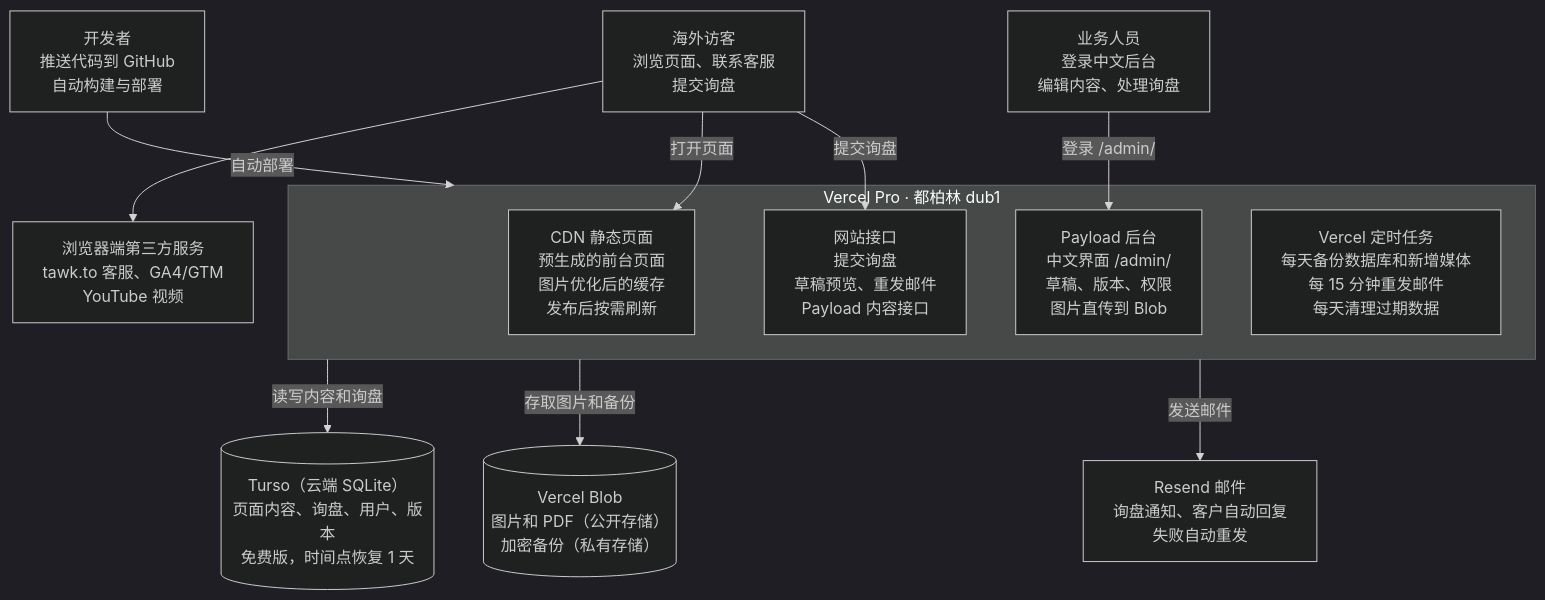
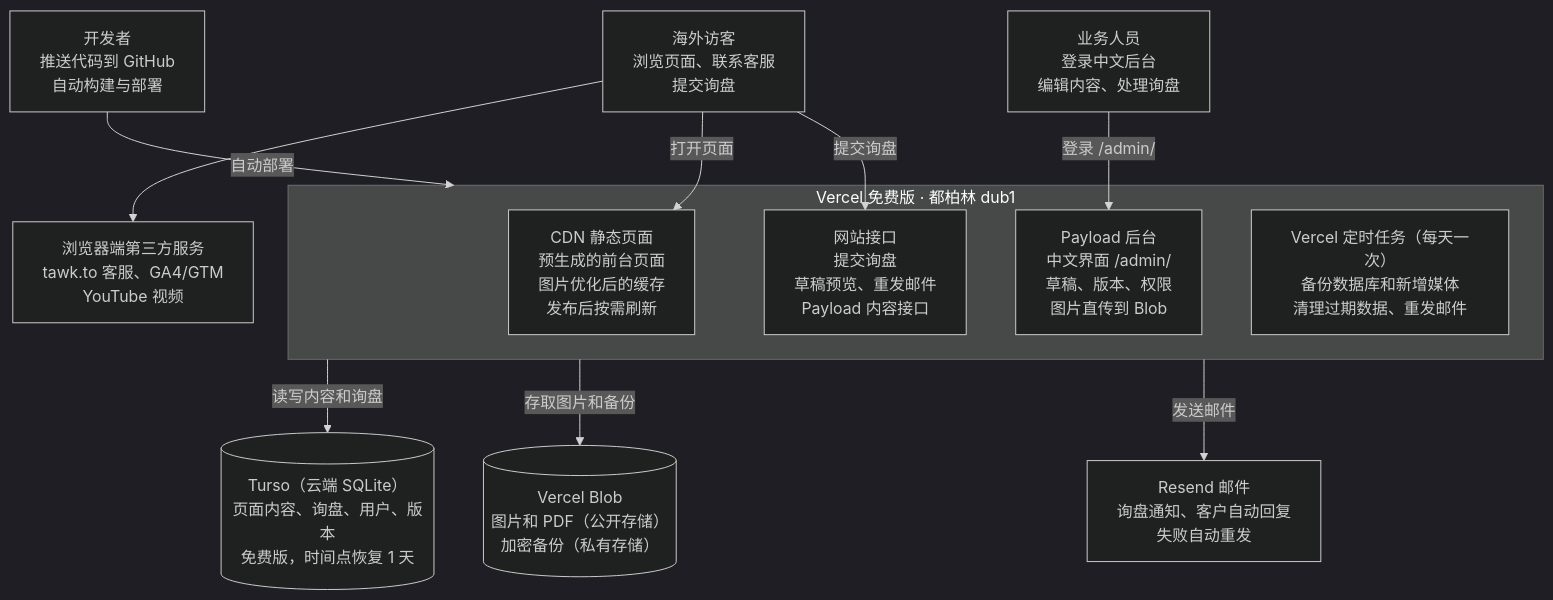
The diagram in docs/机械设备独立站技术方案.md (wuchong19930614/jieke-machine), drawn with Mermaid (dark theme) before and after one commit. The commit also changed other lines of this file and 12 other files, not shown here.

````diff
--- a/docs/机械设备独立站技术方案.md
+++ b/docs/机械设备独立站技术方案.md
@@ -165,27 +165,27 @@
 ```mermaid
 flowchart TB
     third["浏览器端第三方服务<br/>tawk.to 客服、GA4/GTM<br/>YouTube 视频"]
     visitor["海外访客<br/>浏览页面、联系客服<br/>提交询盘"]
     staff["业务人员<br/>登录中文后台<br/>编辑内容、处理询盘"]
     dev["开发者<br/>推送代码到 GitHub<br/>自动构建与部署"]
 
-    subgraph vercel["Vercel Pro · 都柏林 dub1"]
+    subgraph vercel["Vercel 免费版 · 都柏林 dub1"]
         cdn["CDN 静态页面<br/>预生成的前台页面<br/>图片优化后的缓存<br/>发布后按需刷新"]
         api["网站接口<br/>提交询盘<br/>草稿预览、重发邮件<br/>Payload 内容接口"]
         admin["Payload 后台<br/>中文界面 /admin/<br/>草稿、版本、权限<br/>图片直传到 Blob"]
-        cron["Vercel 定时任务<br/>每天备份数据库和新增媒体<br/>每 15 分钟重发邮件<br/>每天清理过期数据"]
+        cron["Vercel 定时任务（每天一次）<br/>备份数据库和新增媒体<br/>清理过期数据、重发邮件"]
     end
 
     turso[("Turso（云端 SQLite）<br/>页面内容、询盘、用户、版本<br/>免费版，时间点恢复 1 天")]
     blob[("Vercel Blob<br/>图片和 PDF（公开存储）<br/>加密备份（私有存储）")]
     resend["Resend 邮件<br/>询盘通知、客户自动回复<br/>失败自动重发"]
 
     visitor --> third
     visitor -->|打开页面| cdn
     visitor -->|提交询盘| api
     staff -->|登录 /admin/| admin
     dev -->|自动部署| vercel
     vercel -->|读写内容和询盘| turso
     vercel -->|存取图片和备份| blob
     vercel -->|发送邮件| resend
 ```
````
